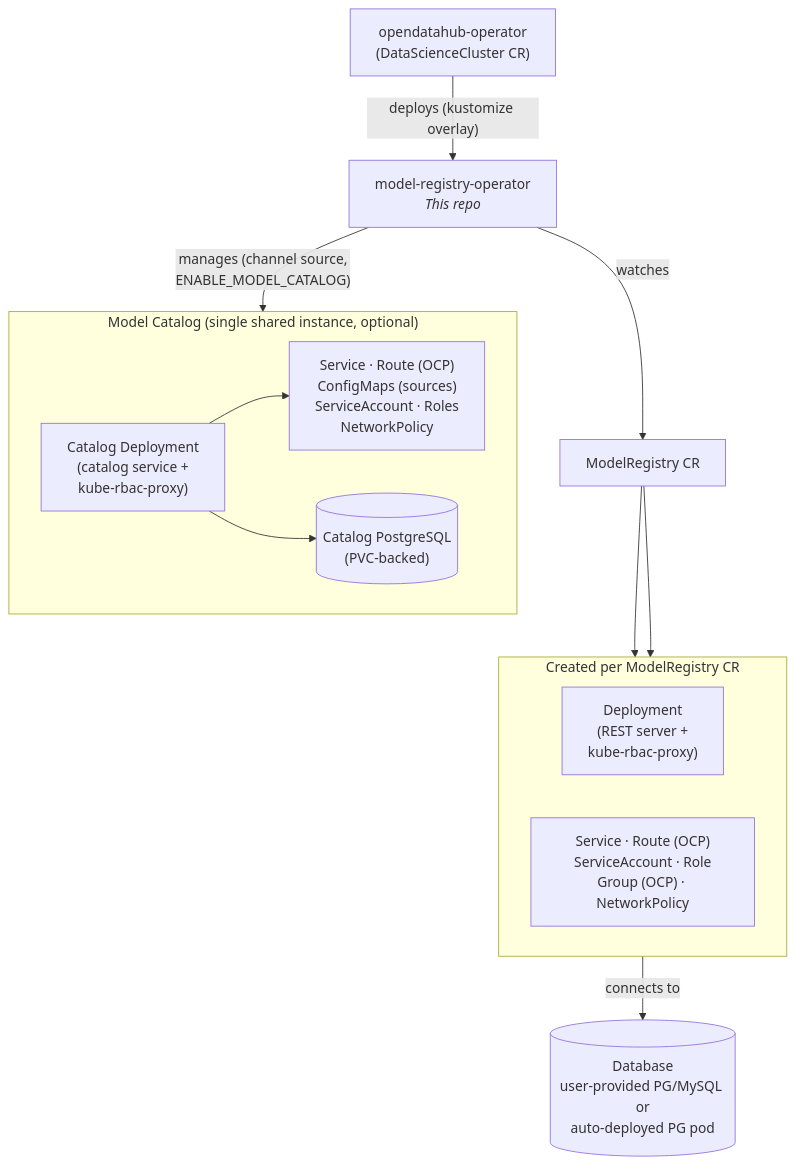
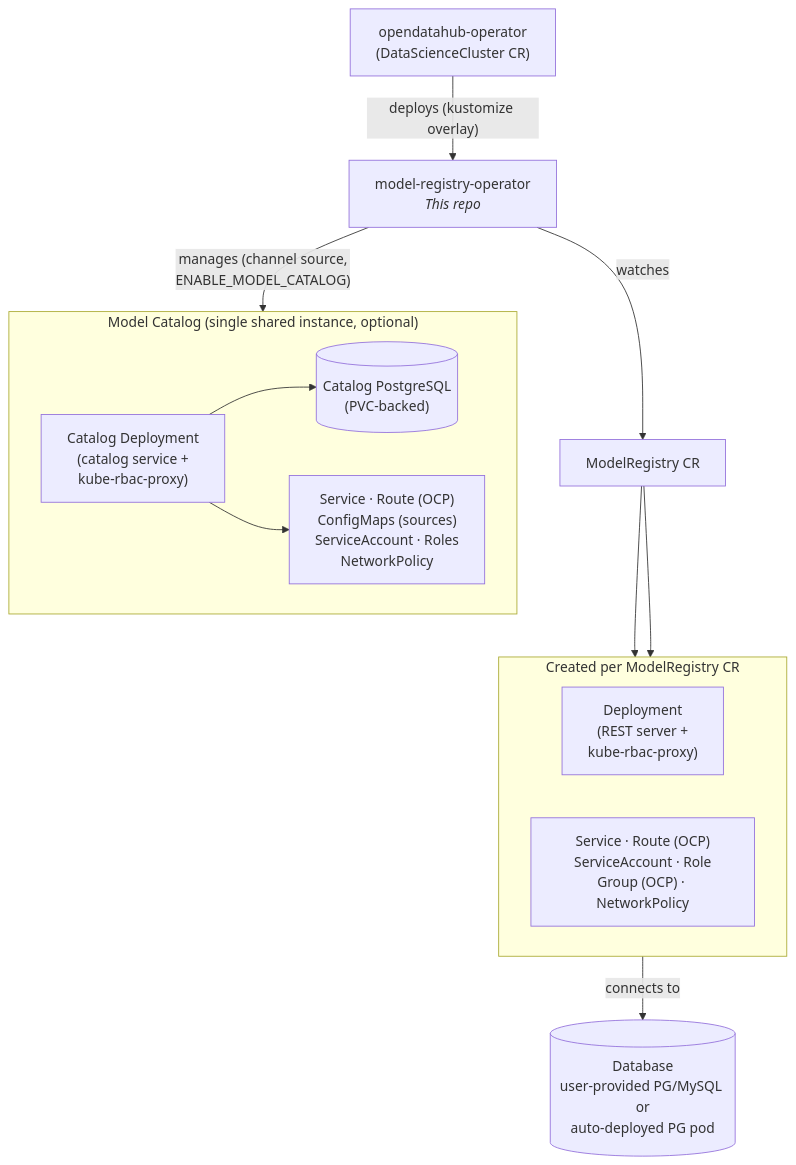
One commit to opendatahub-io/model-registry-operator changed the diagram in docs/architecture.md. Above: the diagram before and after it, drawn with Mermaid. The commit also changed other lines of this file, not shown here.

First line of the commit message:
docs: reorder catalog subgraph so DB is on the left side

````diff
--- a/docs/architecture.md
+++ b/docs/architecture.md
@@ -11,29 +11,29 @@
 ```mermaid
 graph TD
     ODH["opendatahub-operator<br/>(DataScienceCluster CR)"]
     MRO["model-registry-operator<br/><i>This repo</i>"]
 
     ODH -->|"deploys (kustomize overlay)"| MRO
     MRO -->|watches| CR["ModelRegistry CR"]
     MRO -->|"manages (channel source,<br/>ENABLE_MODEL_CATALOG)"| CAT_DEP
 
     subgraph "Created per ModelRegistry CR"
         direction LR
         DEP["Deployment<br/>(REST server +<br/>kube-rbac-proxy)"]
         SUPPORT["Service · Route (OCP)<br/>ServiceAccount · Role<br/>Group (OCP) · NetworkPolicy"]
     end
 
     CR --> DEP
     CR --> SUPPORT
     DEP -->|connects to| DB[("Database<br/>user-provided PG/MySQL or<br/>auto-deployed PG pod")]
 
     subgraph "Model Catalog (single shared instance, optional)"
         direction LR
+        CAT_PG[("Catalog PostgreSQL<br/>(PVC-backed)")]
         CAT_DEP["Catalog Deployment<br/>(catalog service +<br/>kube-rbac-proxy)"]
         CAT_SUPPORT["Service · Route (OCP)<br/>ConfigMaps (sources)<br/>ServiceAccount · Roles<br/>NetworkPolicy"]
-        CAT_PG[("Catalog PostgreSQL<br/>(PVC-backed)")]
     end
 
+    CAT_DEP --> CAT_PG
     CAT_DEP --> CAT_SUPPORT
-    CAT_DEP --> CAT_PG
 ```
````
